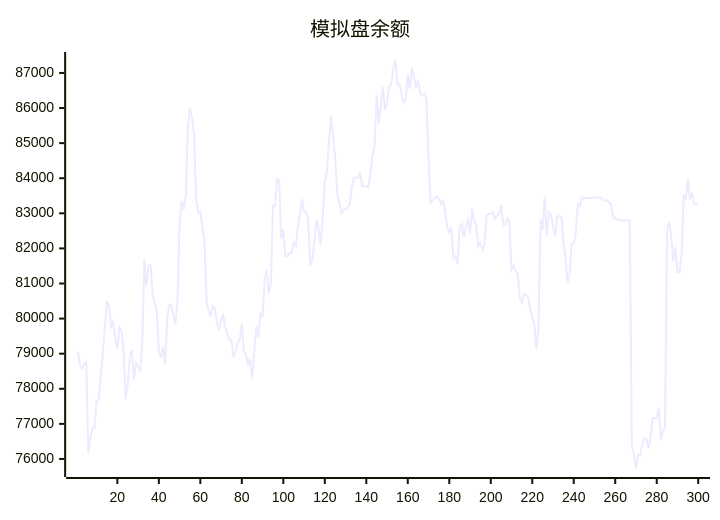
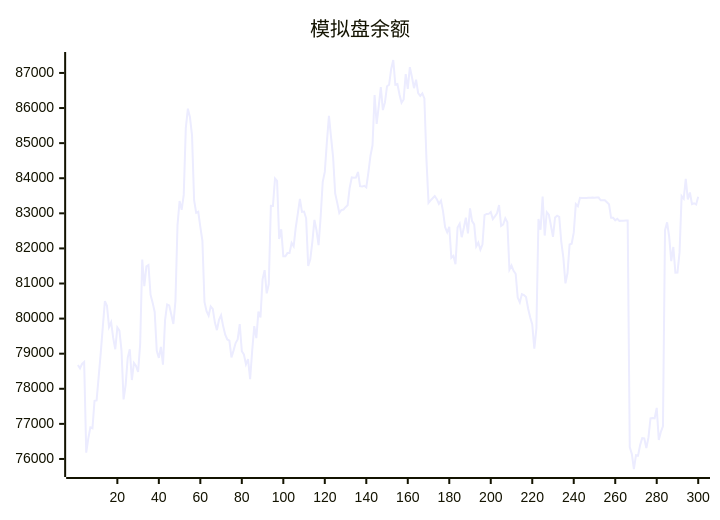
The diagram in README.md (aahl/ai-trading), drawn with Mermaid before and after one commit. The commit also changed other lines of this file and 1 other file, not shown here.

````diff
--- a/README.md
+++ b/README.md
@@ -5,5 +5,5 @@
 ```mermaid
 xychart
     title "模拟盘余额"
-    line [79055,78675,78580,78708,78764,76179,76586,76902,76876,77658,77669,78346,79023,79769,80497,80366,79761,79896,79448,79126,79749,79658,79097,77695,78114,78888,79126,78249,78738,78653,78478,79271,81680,80923,81488,81527,80681,80455,80190,79084,78879,79193,78686,79954,80403,80374,80118,79848,80491,82665,83351,83098,83525,85430,85983,85737,85221,83378,83014,83043,82613,82216,80477,80208,80081,80348,80277,79894,79670,79965,80093,79786,79542,79406,79371,78893,79087,79304,79406,79841,79072,78978,78696,78846,78272,79085,79787,79442,80198,80031,81120,81379,80718,80985,83214,83212,83993,83921,82270,82547,81776,81776,81866,81866,82158,82061,82596,83000,83408,83041,83050,82858,81503,81691,82188,82812,82517,82092,82901,83898,84180,85030,85781,85178,84604,83569,83298,83008,83093,83107,83175,83228,83729,84025,84017,84019,84177,83775,83762,83785,83738,84160,84639,84939,86370,85548,86046,86599,85942,86161,86622,86664,87115,87369,86666,86685,86384,86152,86243,86969,86548,87164,86885,86566,86809,86427,86348,86417,86273,84538,83299,83369,83430,83490,83404,83270,83362,83056,82605,82459,82614,81734,81788,81551,82598,82702,82320,82580,82878,82426,83139,82778,82686,82056,82166,81963,82110,82951,82983,82984,83038,82838,82915,82998,83235,82642,82682,82858,82746,81396,81512,81362,81277,80600,80461,80699,80673,80616,80288,80038,79836,79142,79722,82837,82533,83480,82366,83032,82960,82654,82330,82883,82934,82901,82188,81728,81005,81298,82110,82135,82449,83264,83203,83440,83439,83440,83440,83446,83447,83448,83447,83448,83449,83369,83369,83369,83313,83256,82872,82873,82801,82844,82785,82791,82791,82793,82794,76339,76145,75714,76110,76096,76397,76594,76585,76310,76607,77160,77170,77160,77456,76541,76774,76927,82520,82744,82337,81639,82040,81307,81314,81887,83490,83414,83984,83396,83594,83261,83287,83253]
+    line [78675,78580,78708,78764,76179,76586,76902,76876,77658,77669,78346,79023,79769,80497,80366,79761,79896,79448,79126,79749,79658,79097,77695,78114,78888,79126,78249,78738,78653,78478,79271,81680,80923,81488,81527,80681,80455,80190,79084,78879,79193,78686,79954,80403,80374,80118,79848,80491,82665,83351,83098,83525,85430,85983,85737,85221,83378,83014,83043,82613,82216,80477,80208,80081,80348,80277,79894,79670,79965,80093,79786,79542,79406,79371,78893,79087,79304,79406,79841,79072,78978,78696,78846,78272,79085,79787,79442,80198,80031,81120,81379,80718,80985,83214,83212,83993,83921,82270,82547,81776,81776,81866,81866,82158,82061,82596,83000,83408,83041,83050,82858,81503,81691,82188,82812,82517,82092,82901,83898,84180,85030,85781,85178,84604,83569,83298,83008,83093,83107,83175,83228,83729,84025,84017,84019,84177,83775,83762,83785,83738,84160,84639,84939,86370,85548,86046,86599,85942,86161,86622,86664,87115,87369,86666,86685,86384,86152,86243,86969,86548,87164,86885,86566,86809,86427,86348,86417,86273,84538,83299,83369,83430,83490,83404,83270,83362,83056,82605,82459,82614,81734,81788,81551,82598,82702,82320,82580,82878,82426,83139,82778,82686,82056,82166,81963,82110,82951,82983,82984,83038,82838,82915,82998,83235,82642,82682,82858,82746,81396,81512,81362,81277,80600,80461,80699,80673,80616,80288,80038,79836,79142,79722,82837,82533,83480,82366,83032,82960,82654,82330,82883,82934,82901,82188,81728,81005,81298,82110,82135,82449,83264,83203,83440,83439,83440,83440,83446,83447,83448,83447,83448,83449,83369,83369,83369,83313,83256,82872,82873,82801,82844,82785,82791,82791,82793,82794,76339,76145,75714,76110,76096,76397,76594,76585,76310,76607,77160,77170,77160,77456,76541,76774,76927,82520,82744,82337,81639,82040,81307,81314,81887,83490,83414,83984,83396,83594,83261,83287,83253,83470]
 ```
````
